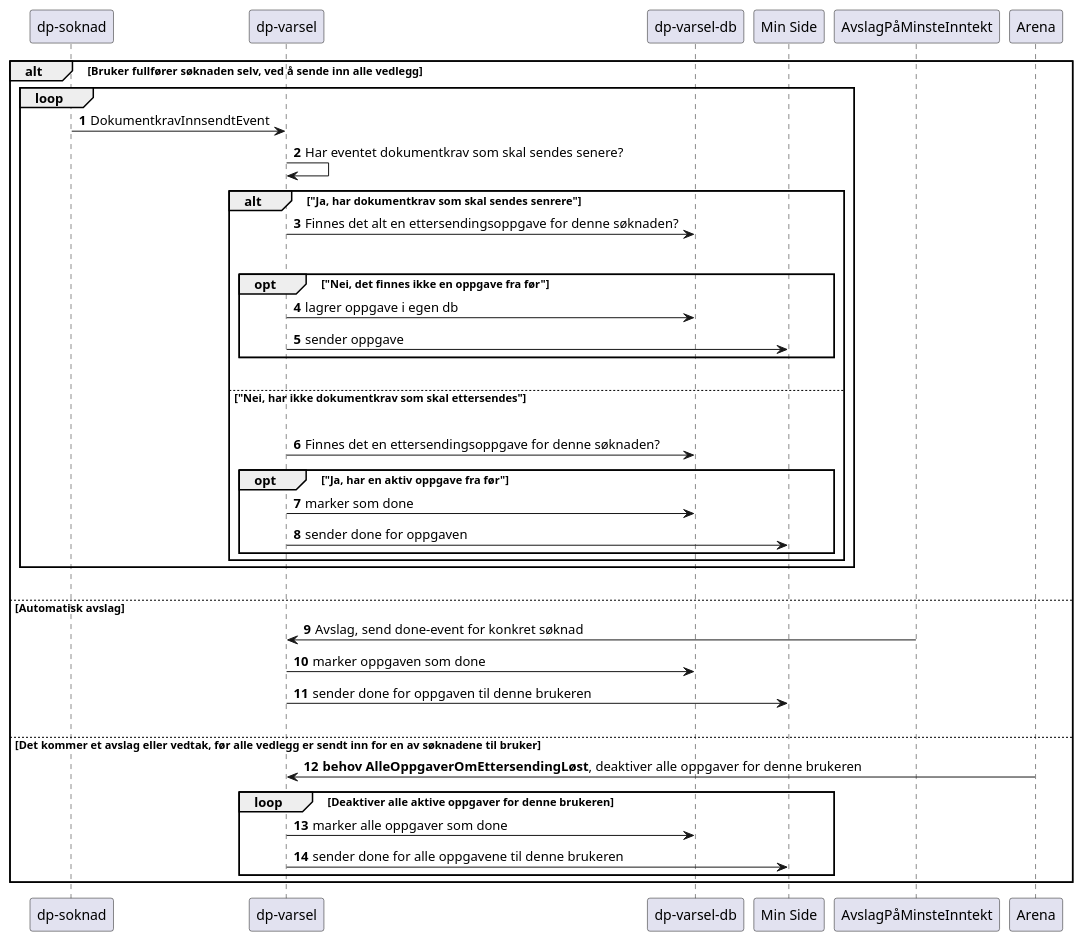
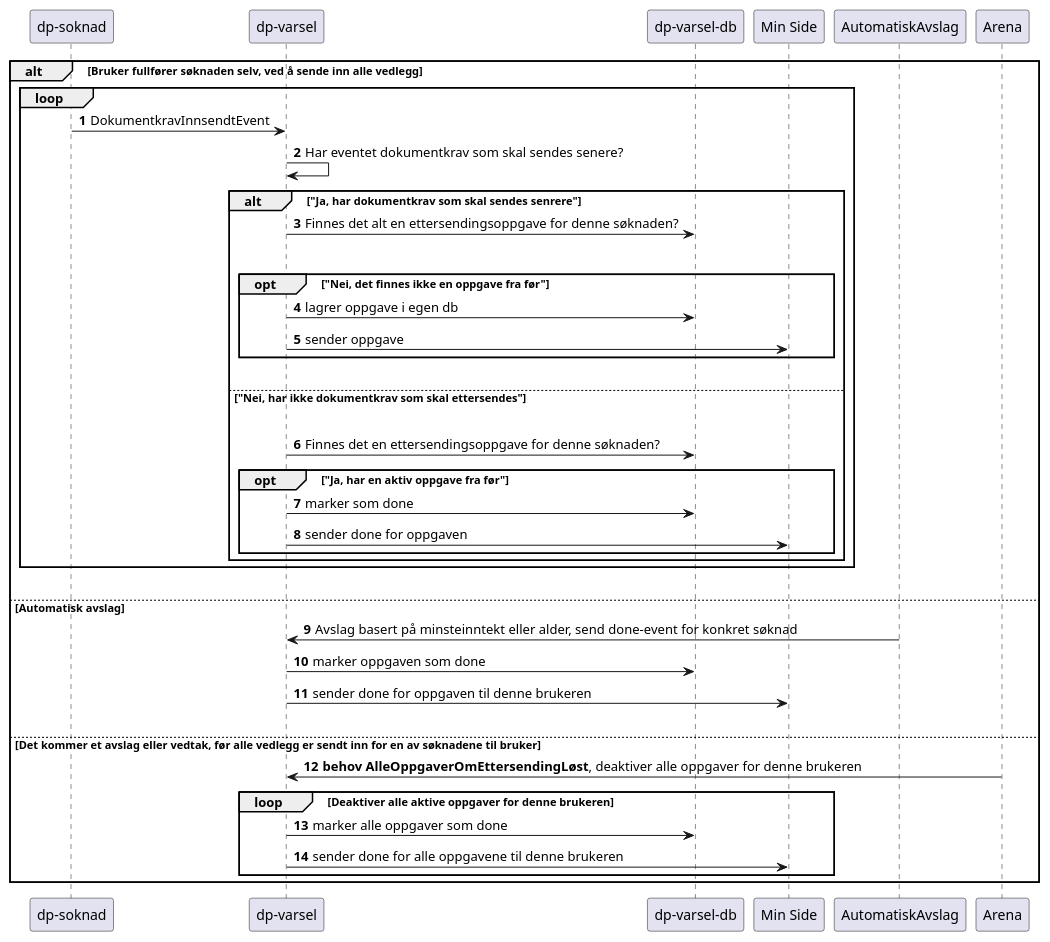
The diagram in docs/flytForOppgaveVedEttersending.puml (navikt/dp-varsel), drawn with PlantUML before and after one commit.

Commit message:
Minimal endring kun for å trigge en ny deploy.
DAG-600

```diff
--- a/docs/flytForOppgaveVedEttersending.puml
+++ b/docs/flytForOppgaveVedEttersending.puml
@@ -1,38 +1,38 @@
 @startuml
 
 autonumber
 alt Bruker fullfører søknaden selv, ved å sende inn alle vedlegg
     loop
         "dp-soknad" -> "dp-varsel": DokumentkravInnsendtEvent
         "dp-varsel" -> "dp-varsel": Har eventet dokumentkrav som skal sendes senere?
         alt "Ja, har dokumentkrav som skal sendes senrere"
             "dp-varsel" -> "dp-varsel-db": Finnes det alt en ettersendingsoppgave for denne søknaden?
             |||
             opt "Nei, det finnes ikke en oppgave fra før"
                 "dp-varsel" -> "dp-varsel-db": lagrer oppgave i egen db
                 "dp-varsel" -> "Min Side": sender oppgave
             end
             |||
         else "Nei, har ikke dokumentkrav som skal ettersendes"
             |||
             "dp-varsel" -> "dp-varsel-db": Finnes det en ettersendingsoppgave for denne søknaden?
             opt "Ja, har en aktiv oppgave fra før"
                 "dp-varsel" -> "dp-varsel-db": marker som done
                 "dp-varsel" -> "Min Side": sender done for oppgaven
             end
         end
     end
 |||
 else Automatisk avslag
-    "AvslagPåMinsteInntekt" -> "dp-varsel": Avslag, send done-event for konkret søknad
+    "AutomatiskAvslag" -> "dp-varsel": Avslag basert på minsteinntekt eller alder, send done-event for konkret søknad
     "dp-varsel" -> "dp-varsel-db": marker oppgaven som done
     "dp-varsel" -> "Min Side": sender done for oppgaven til denne brukeren
 |||
 else Det kommer et avslag eller vedtak, før alle vedlegg er sendt inn for en av søknadene til bruker
     "Arena" -> "dp-varsel": **behov AlleOppgaverOmEttersendingLøst**, deaktiver alle oppgaver for denne brukeren
     loop Deaktiver alle aktive oppgaver for denne brukeren
         "dp-varsel" -> "dp-varsel-db": marker alle oppgaver som done
         "dp-varsel" -> "Min Side": sender done for alle oppgavene til denne brukeren
     end
 end
 @enduml
```
